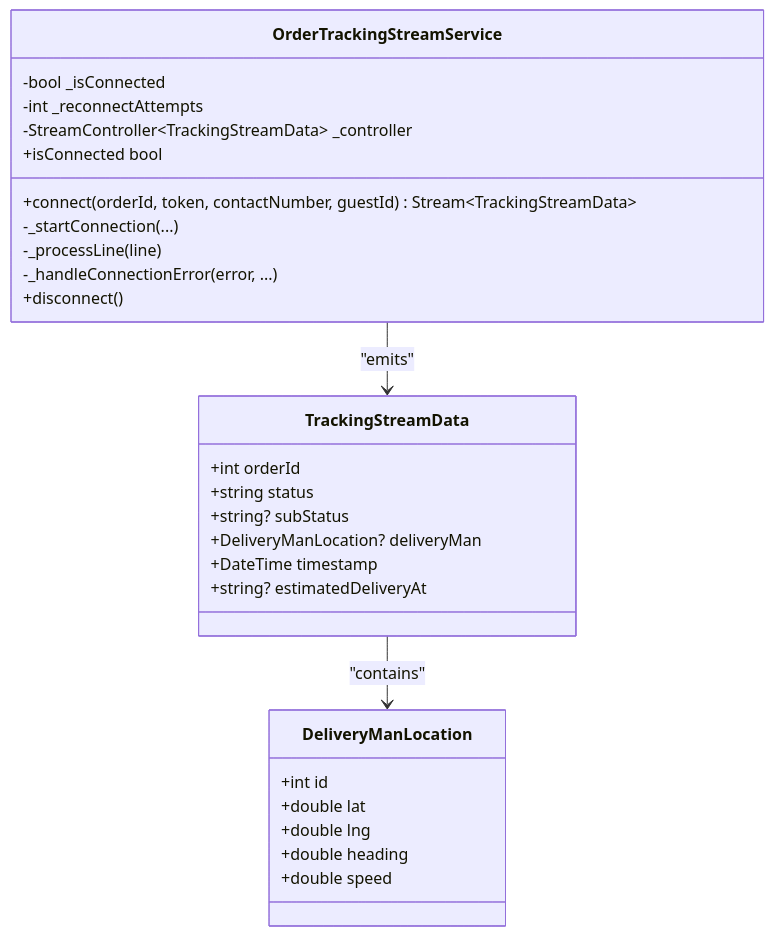
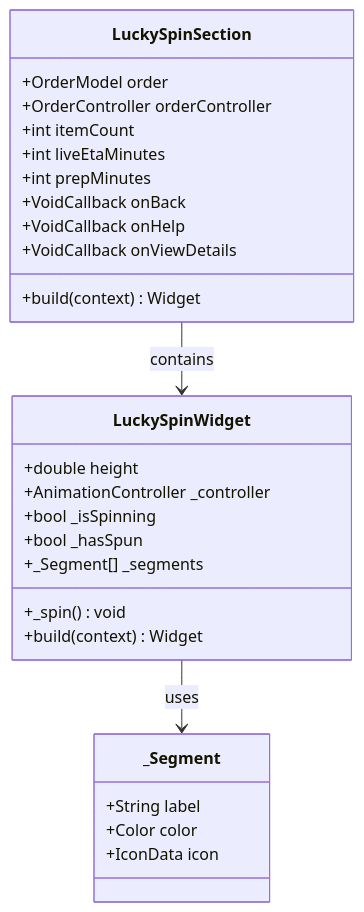
One commit to Hamdies/waddy_user changed the fourth of 8 diagrams in .qoder/repowiki/en/content/Order Management/Order Tracking.md. Above: the diagram before and after it, drawn with Mermaid. The commit also changed other lines of this file and 773 other files, not shown here.

````diff
--- a/.qoder/repowiki/en/content/Order Management/Order Tracking.md
+++ b/.qoder/repowiki/en/content/Order Management/Order Tracking.md
@@ -142,31 +215,30 @@
 ```mermaid
 classDiagram
-class OrderTrackingStreamService {
--bool _isConnected
--int _reconnectAttempts
--StreamController~TrackingStreamData~ _controller
-+connect(orderId, token, contactNumber, guestId) Stream~TrackingStreamData~
--_startConnection(...)
--_processLine(line)
--_handleConnectionError(error, ...)
-+disconnect()
-+isConnected bool
+class LuckySpinSection {
++OrderModel order
++OrderController orderController
++int itemCount
++int liveEtaMinutes
++int prepMinutes
++VoidCallback onBack
++VoidCallback onHelp
++VoidCallback onViewDetails
++build(context) Widget
 }
-class TrackingStreamData {
-+int orderId
-+string status
-+string? subStatus
-+DeliveryManLocation? deliveryMan
-+DateTime timestamp
-+string? estimatedDeliveryAt
+class LuckySpinWidget {
++double height
++AnimationController _controller
++bool _isSpinning
++bool _hasSpun
++_Segment[] _segments
++_spin() void
++build(context) Widget
 }
-class DeliveryManLocation {
-+int id
-+double lat
-+double lng
-+double heading
-+double speed
+class _Segment {
++String label
++Color color
++IconData icon
 }
-OrderTrackingStreamService --> TrackingStreamData : "emits"
-TrackingStreamData --> DeliveryManLocation : "contains"
+LuckySpinSection --> LuckySpinWidget : contains
+LuckySpinWidget --> _Segment : uses
 ```
````
